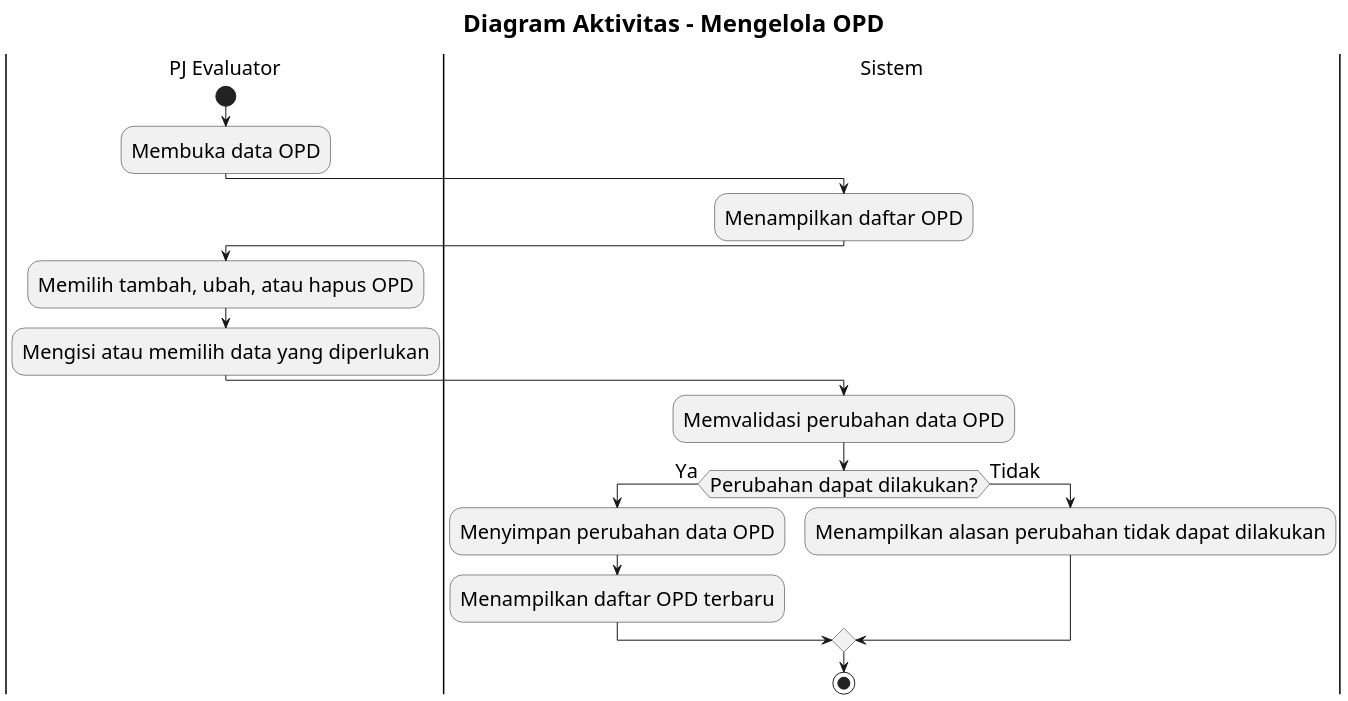
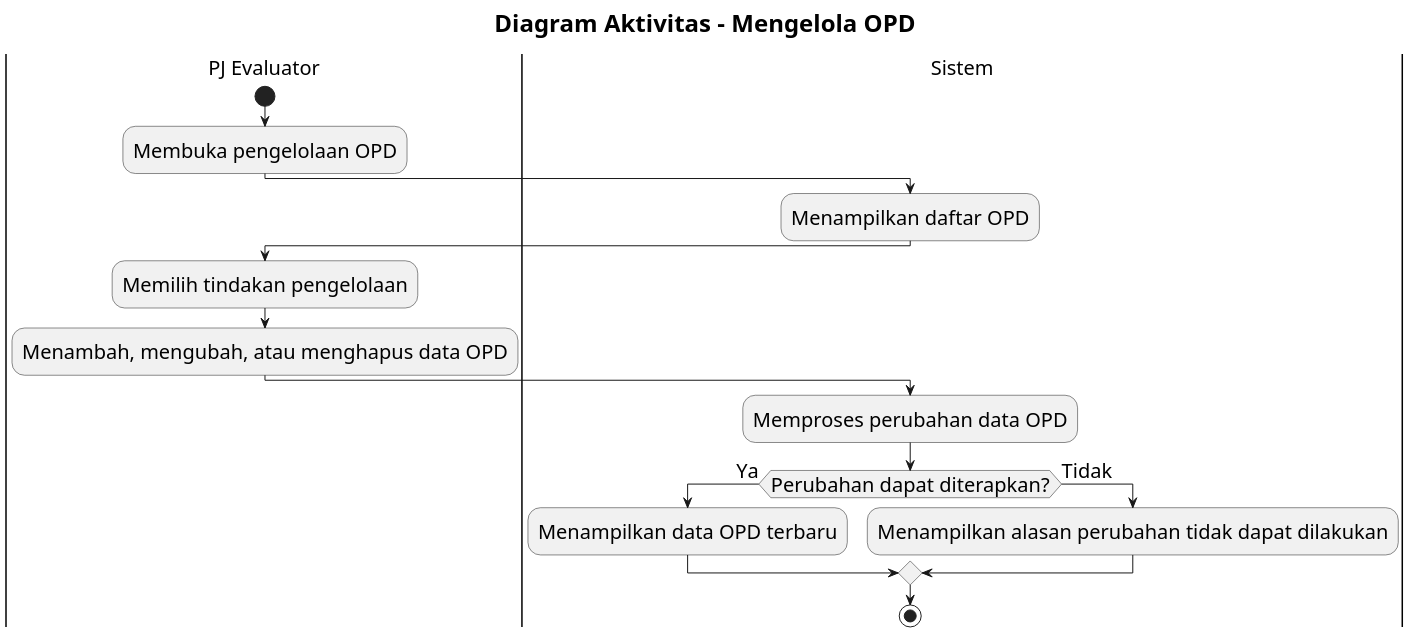
One commit to howlil/sop-generate-app changed the diagram in docs/activity-diagram/lampiran/pj-evaluator-mengelola-opd.md. Above: the diagram before and after it, drawn with PlantUML. The commit also changed 20 other files, not shown here.

Commit message:
docs(activity): simplify flows to business-level design

````diff
--- a/docs/activity-diagram/lampiran/pj-evaluator-mengelola-opd.md
+++ b/docs/activity-diagram/lampiran/pj-evaluator-mengelola-opd.md
@@ -16,33 +16,32 @@
 ```plantuml
 @startuml
 skinparam defaultFontSize 20
 skinparam titleFontSize 24
 skinparam dpi 160
 
 title Diagram Aktivitas - Mengelola OPD
 
 |PJ Evaluator|
 start
-:Membuka data OPD;
+:Membuka pengelolaan OPD;
 
 |Sistem|
 :Menampilkan daftar OPD;
 
 |PJ Evaluator|
-:Memilih tambah, ubah, atau hapus OPD;
-:Mengisi atau memilih data yang diperlukan;
+:Memilih tindakan pengelolaan;
+:Menambah, mengubah, atau menghapus data OPD;
 
 |Sistem|
-:Memvalidasi perubahan data OPD;
+:Memproses perubahan data OPD;
 
-if (Perubahan dapat dilakukan?) then (Ya)
-  :Menyimpan perubahan data OPD;
-  :Menampilkan daftar OPD terbaru;
+if (Perubahan dapat diterapkan?) then (Ya)
+  :Menampilkan data OPD terbaru;
 else (Tidak)
   :Menampilkan alasan perubahan tidak dapat dilakukan;
 endif
 
 stop
 
 @enduml
 ```
````
